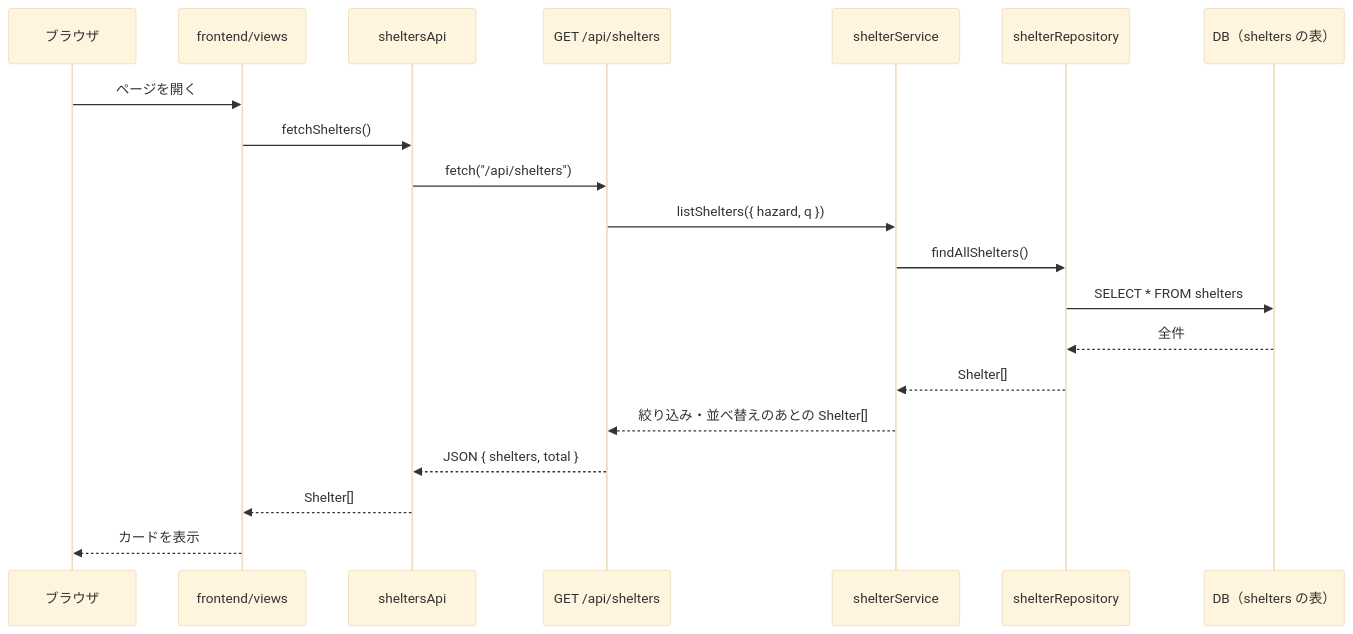
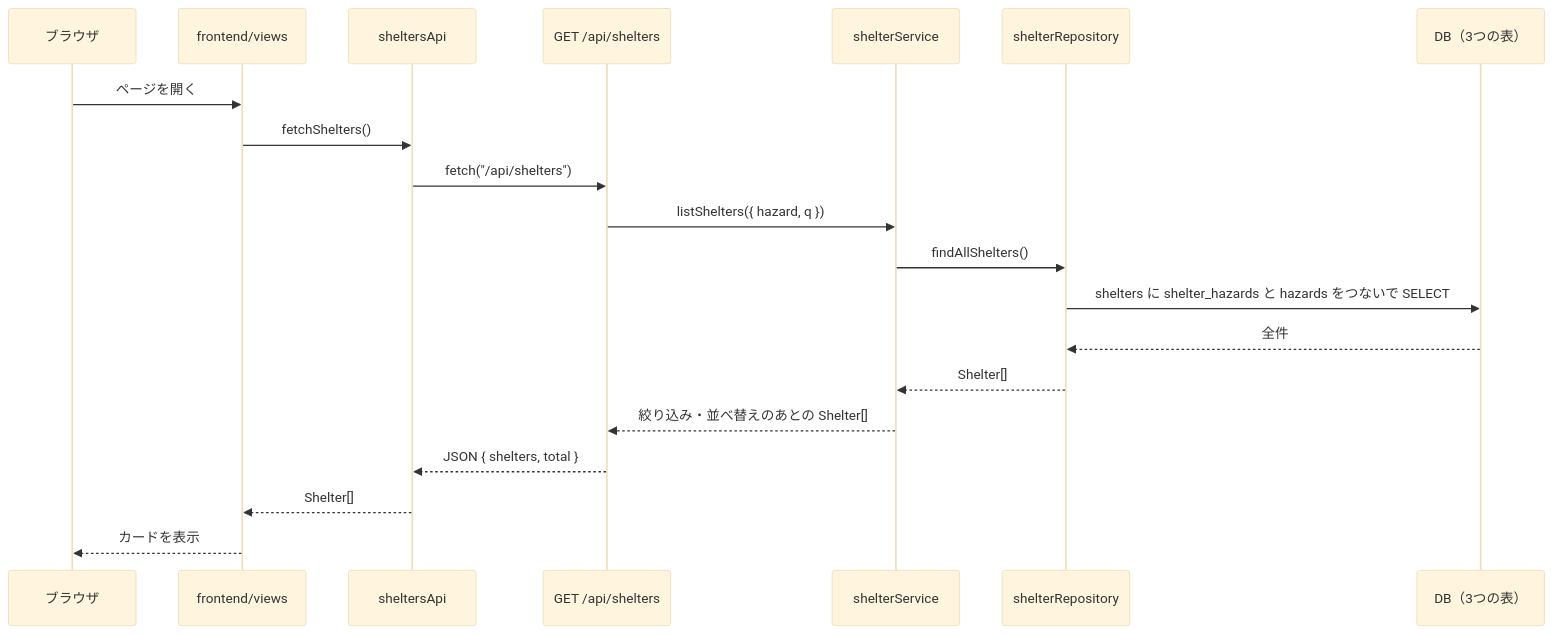
One commit to CROSS9111/opendata-app-db changed the second of 2 diagrams in CLAUDE.md. Above: the diagram before and after it, drawn with Mermaid (base theme). The commit also changed other lines of this file and 22 other files, not shown here.

First line of the commit message:
本物のデータの版：国土地理院の指定緊急避難場所（静岡市402か所）を3つの表に分けて入れ、地図と種類ごとの件数つきの絞り込みを足す

````diff
--- a/CLAUDE.md
+++ b/CLAUDE.md
@@ -57,22 +57,22 @@
 ```mermaid
 sequenceDiagram
   participant B as ブラウザ
   participant V as frontend/views
   participant A as sheltersApi
   participant R as GET /api/shelters
   participant S as shelterService
   participant P as shelterRepository
-  participant D as DB（shelters の表）
+  participant D as DB（3つの表）
   B->>V: ページを開く
   V->>A: fetchShelters()
   A->>R: fetch("/api/shelters")
   R->>S: listShelters({ hazard, q })
   S->>P: findAllShelters()
-  P->>D: SELECT * FROM shelters
+  P->>D: shelters に shelter_hazards と hazards をつないで SELECT
   D-->>P: 全件
   P-->>S: Shelter[]
   S-->>R: 絞り込み・並べ替えのあとの Shelter[]
   R-->>A: JSON { shelters, total }
   A-->>V: Shelter[]
   V-->>B: カードを表示
 ```
````
